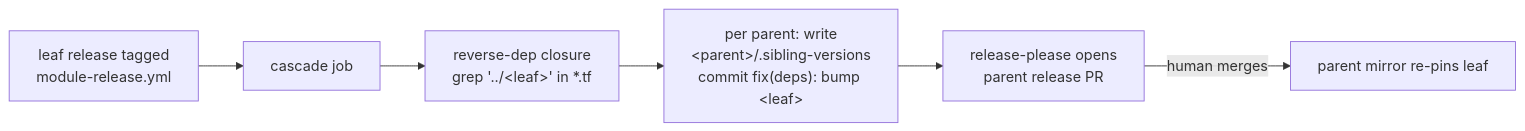
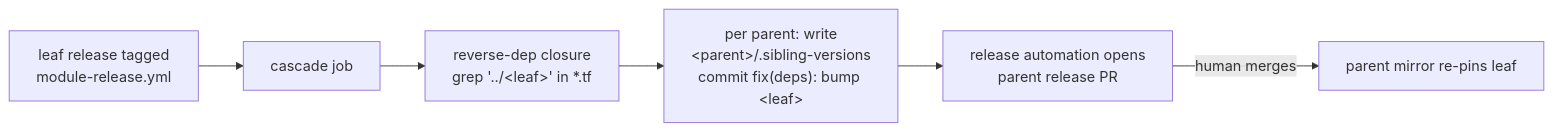
Before and after one commit to c0x12c/terraform-modules: the diagram in docs/decisions/2026-06-07-release-cascade.md, drawn with Mermaid. The commit also changed other lines of this file and 6 other files, not shown here.

Commit message:
docs: standardize release-please terminology to "release automation" (#154)

````diff
--- a/docs/decisions/2026-06-07-release-cascade.md
+++ b/docs/decisions/2026-06-07-release-cascade.md
@@ -35,8 +35,8 @@
 ```mermaid
 flowchart LR
   A[leaf release tagged<br/>module-release.yml] --> B[cascade job]
   B --> C["reverse-dep closure<br/>grep '../&lt;leaf&gt;' in *.tf"]
   C --> D["per parent: write<br/>&lt;parent&gt;/.sibling-versions<br/>commit fix(deps): bump &lt;leaf&gt;"]
-  D --> E[release-please opens<br/>parent release PR]
+  D --> E[release automation opens<br/>parent release PR]
   E -->|human merges| F[parent mirror re-pins leaf]
 ```
````
